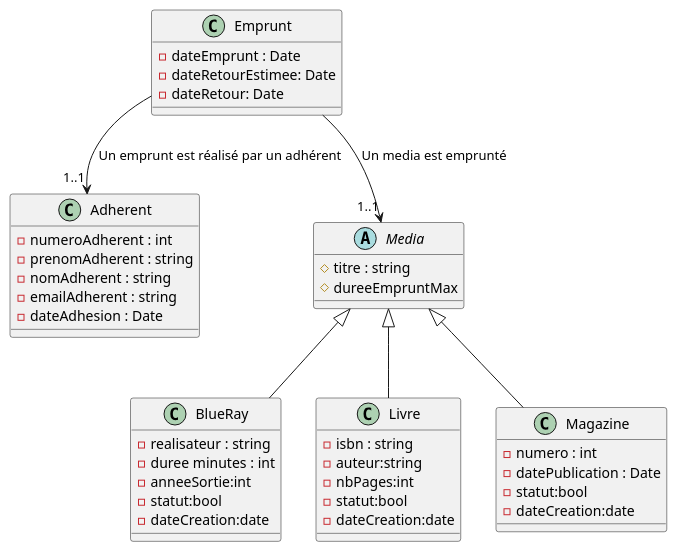
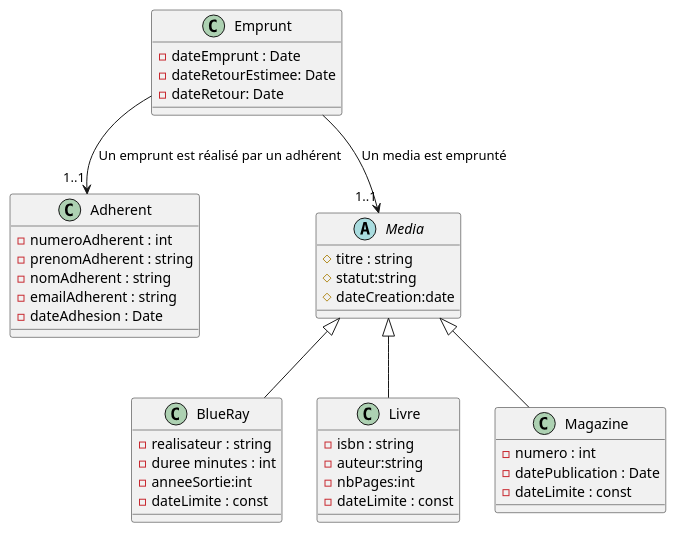
The diagram in documentation/diagrammeClasse.puml (mutulus/php-bts-bibliotheque-projet), drawn with PlantUML before and after one commit. The commit also changed 4 other files, not shown here.

```diff
--- a/documentation/diagrammeClasse.puml
+++ b/documentation/diagrammeClasse.puml
@@ -1,56 +1,54 @@
 @startuml
 'https://plantuml.com/sequence-diagram
 Class Adherent{
     -numeroAdherent : int
     -prenomAdherent : string
     -nomAdherent : string
     -emailAdherent : string
     -dateAdhesion : Date
 
 }
 Abstract Class Media{
     #titre : string
-    #dureeEmpruntMax
+    #statut:string
+    #dateCreation:date
+
 }
 Class BlueRay{
     -realisateur : string
     -duree minutes : int
     -anneeSortie:int
-    -statut:bool
-    -dateCreation:date
-
-
+    -dateLimite : const
 }
 
 Class Livre{
     -isbn : string
     -auteur:string
     -nbPages:int
-    -statut:bool
-    -dateCreation:date
+    -dateLimite : const
+
+
 
 }
 
 Class Magazine{
     -numero : int
     -datePublication : Date
-    -statut:bool
-    -dateCreation:date
-
+    -dateLimite : const
 }
 
 Class Emprunt{
     -dateEmprunt : Date
     -dateRetourEstimee: Date
     -dateRetour: Date
 
 }
 Media <|-- Livre
 Media <|-- BlueRay
 Media <|-- Magazine
 
 Emprunt  --> "1..1" Media : Un media est emprunté
 Emprunt --> "1..1" Adherent : Un emprunt est réalisé par un adhérent
 
 
 @enduml
```
